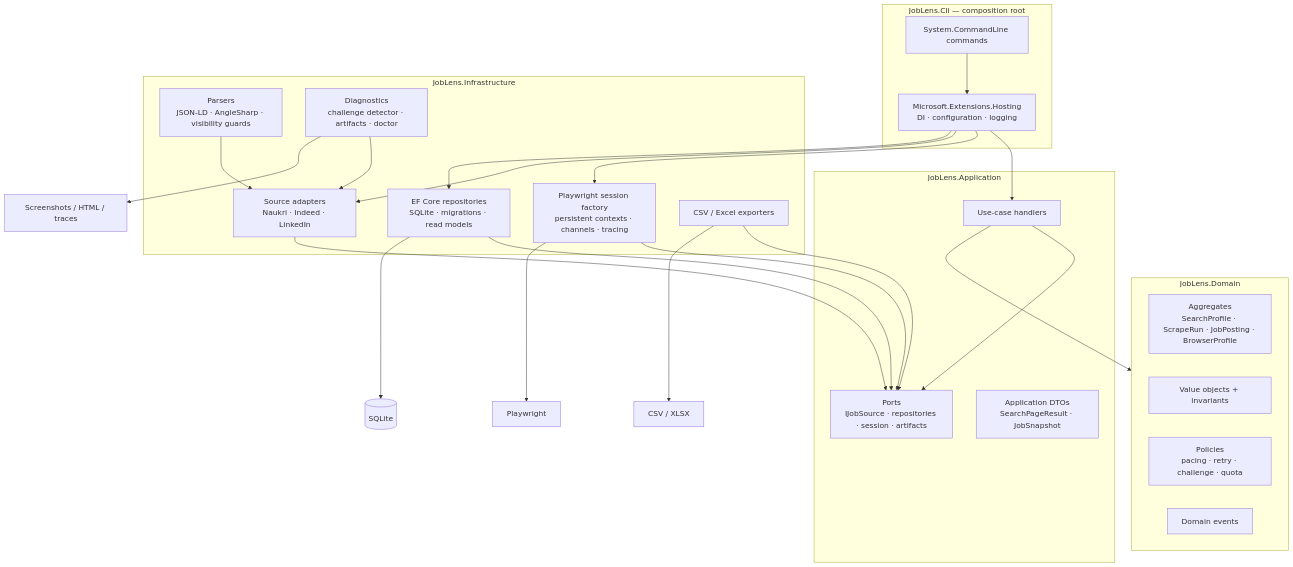
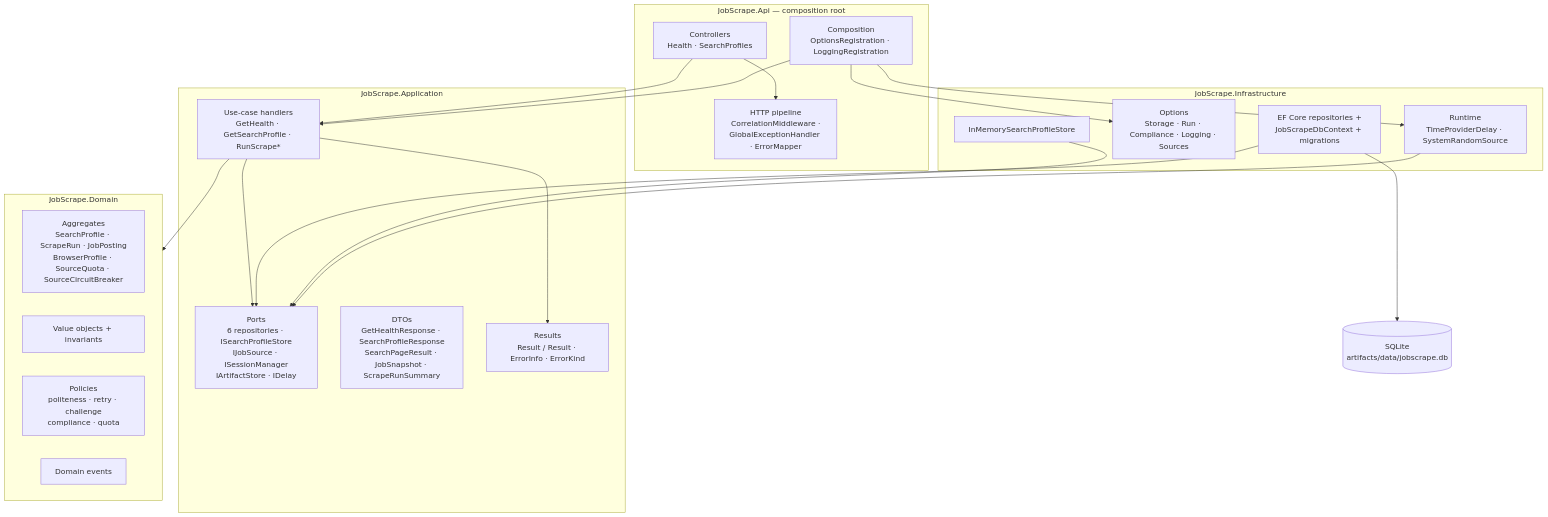
Before and after one commit to AslamNazeerShaikh/PlaywrightDotNet: the second of 10 diagrams in docs/02-architecture.md, drawn with Mermaid. The commit also changed other lines of this file and 3 other files, not shown here.

First line of the commit message:
docs: ground architecture docs in the implemented codebase with verified mermaid

````diff
--- a/docs/02-architecture.md
+++ b/docs/02-architecture.md
@@ -82,47 +87,42 @@
 ```mermaid
 flowchart TB
-    subgraph CLI["JobLens.Cli — composition root"]
-        CMD["System.CommandLine commands"]
-        HOST["Microsoft.Extensions.Hosting<br/>DI · configuration · logging"]
+    subgraph API["JobScrape.Api — composition root"]
+        CTRL["Controllers<br/>Health · SearchProfiles"]
+        MW["HTTP pipeline<br/>CorrelationMiddleware ·<br/>GlobalExceptionHandler · ErrorMapper"]
+        COMP["Composition<br/>OptionsRegistration · LoggingRegistration"]
     end
 
-    subgraph APP["JobLens.Application"]
-        UC["Use-case handlers"]
-        PORTS["Ports<br/>IJobSource · repositories · session · artifacts"]
-        DTO["Application DTOs<br/>SearchPageResult · JobSnapshot"]
+    subgraph APP["JobScrape.Application"]
+        UC["Use-case handlers<br/>GetHealth · GetSearchProfile · RunScrape*"]
+        PORTS["Ports<br/>6 repositories · ISearchProfileStore<br/>IJobSource · ISessionManager<br/>IArtifactStore · IDelay"]
+        DTO["DTOs<br/>GetHealthResponse · SearchProfileResponse<br/>SearchPageResult · JobSnapshot · ScrapeRunSummary"]
+        RES["Results<br/>Result / Result<T> · ErrorInfo · ErrorKind"]
     end
 
-    subgraph DOM["JobLens.Domain"]
-        AGG["Aggregates<br/>SearchProfile · ScrapeRun · JobPosting · BrowserProfile"]
+    subgraph DOM["JobScrape.Domain"]
+        AGG["Aggregates<br/>SearchProfile · ScrapeRun · JobPosting<br/>BrowserProfile · SourceQuota · SourceCircuitBreaker"]
         VO["Value objects + invariants"]
-        POL["Policies<br/>pacing · retry · challenge · quota"]
+        POL["Policies<br/>politeness · retry · challenge<br/>compliance · quota"]
         EVT["Domain events"]
     end
 
-    subgraph INF["JobLens.Infrastructure"]
-        BROWSER["Playwright session factory<br/>persistent contexts · channels · tracing"]
-        ADAPTERS["Source adapters<br/>Naukri · Indeed · LinkedIn"]
-        PARSERS["Parsers<br/>JSON-LD · AngleSharp · visibility guards"]
-        PERSIST["EF Core repositories<br/>SQLite · migrations · read models"]
-        EXPORT["CSV / Excel exporters"]
-        DIAG["Diagnostics<br/>challenge detector · artifacts · doctor"]
+    subgraph INF["JobScrape.Infrastructure"]
+        PERSIST["EF Core repositories +<br/>JobScrapeDbContext + migrations"]
+        OPT["Options<br/>Storage · Run · Compliance · Logging · Sources"]
+        RUN["Runtime<br/>TimeProviderDelay · SystemRandomSource"]
+        MEM["InMemorySearchProfileStore"]
     end
 
-    CMD --> HOST
-    HOST --> UC
-    HOST --> BROWSER
-    HOST --> ADAPTERS
-    HOST --> PERSIST
+    CTRL --> UC
+    CTRL --> MW
+    COMP --> UC
+    COMP --> OPT
+    COMP --> RUN
     UC --> PORTS
     UC --> DOM
-    ADAPTERS --> PORTS
-    BROWSER --> PORTS
-    PARSERS --> ADAPTERS
+    UC --> RES
     PERSIST --> PORTS
-    EXPORT --> PORTS
-    DIAG --> ADAPTERS
-    PERSIST --> DB[("SQLite")]
-    BROWSER --> PW["Playwright"]
-    EXPORT --> FILES["CSV / XLSX"]
-    DIAG --> ART["Screenshots / HTML / traces"]
+    MEM --> PORTS
+    RUN --> PORTS
+    PERSIST --> DB[("SQLite<br/>artifacts/data/jobscrape.db")]
 ```
````
